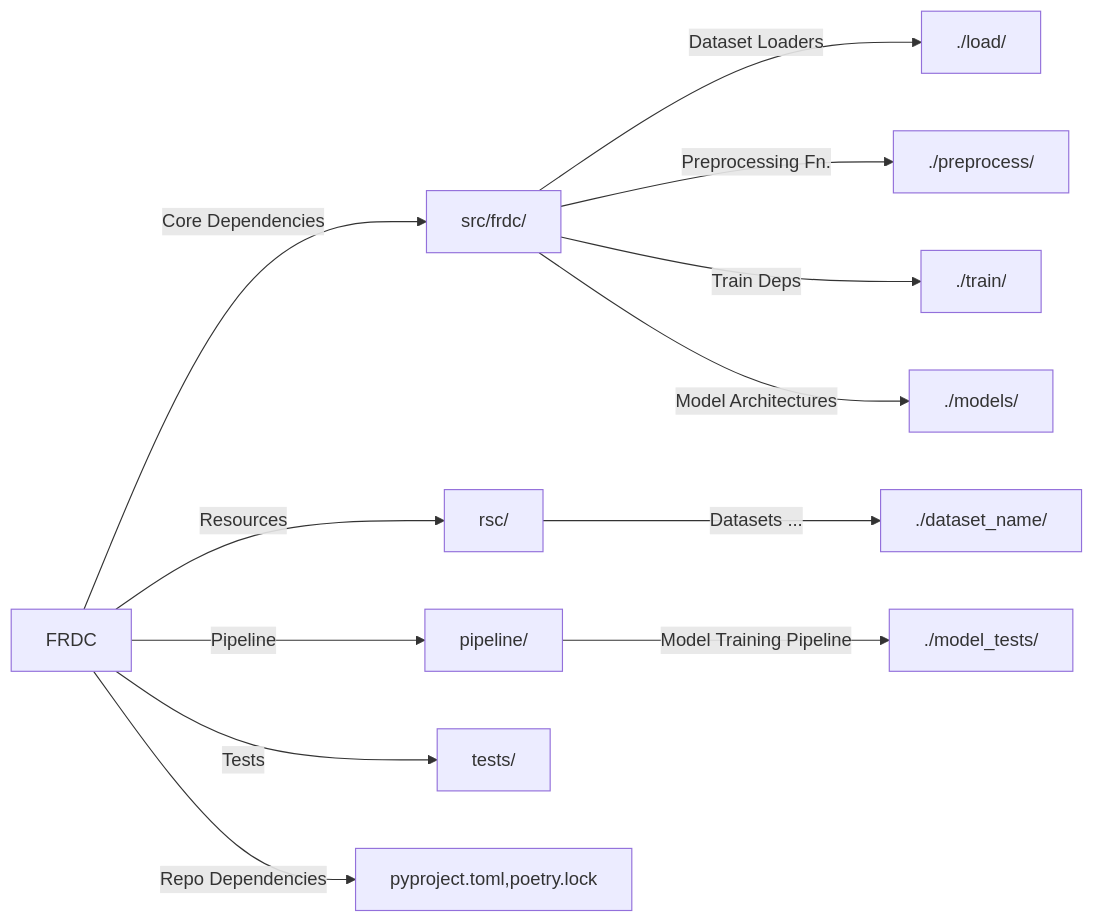
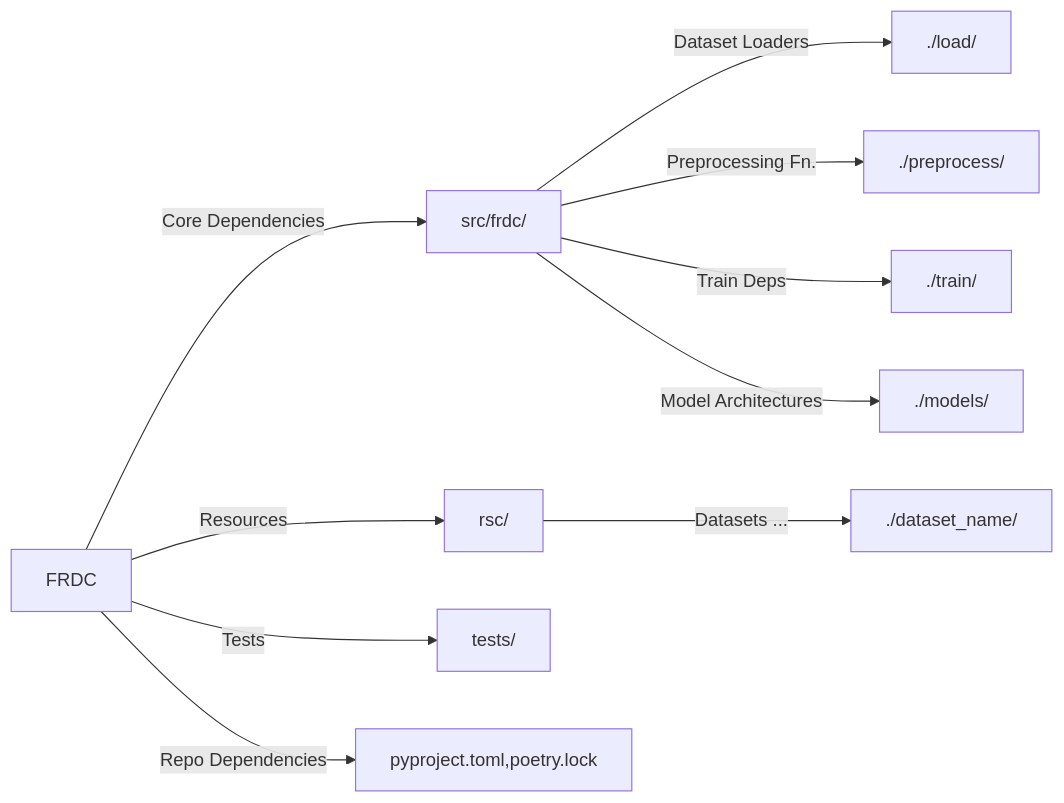
One commit to harvardXedujames/FRDC-ML changed the diagram in Writerside/topics/Getting-Started.md. Above: the diagram before and after it, drawn with Mermaid. The commit also changed other lines of this file and 19 other files, not shown here.

````diff
--- a/Writerside/topics/Getting-Started.md
+++ b/Writerside/topics/Getting-Started.md
@@ -131,14 +209,12 @@
 ```mermaid
 graph LR
     FRDC -- " Core Dependencies " --> src/frdc/
     FRDC -- " Resources " --> rsc/
-    FRDC -- " Pipeline " --> pipeline/
     FRDC -- " Tests " --> tests/
     FRDC -- " Repo Dependencies " --> pyproject.toml,poetry.lock
     src/frdc/ -- " Dataset Loaders " --> ./load/
     src/frdc/ -- " Preprocessing Fn. " --> ./preprocess/
     src/frdc/ -- " Train Deps " --> ./train/
     src/frdc/ -- " Model Architectures " --> ./models/
     rsc/ -- " Datasets ... " --> ./dataset_name/
-    pipeline/ -- " Model Training Pipeline " --> ./model_tests/
 ```
````
